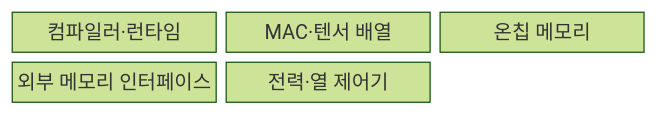
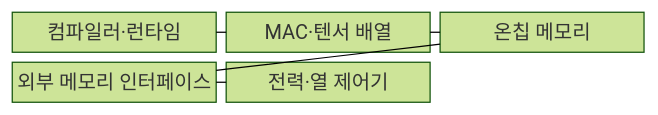
The first of 2 diagrams in src/content/docs/notes/08-latest-tech/140_ai_accelerator.md (agnusdei1207/knowledge-base), drawn with Mermaid (forest theme) before and after one commit. The commit also changed other lines of this file and 228 other files, not shown here.

````diff
--- a/src/content/docs/notes/08-latest-tech/140_ai_accelerator.md
+++ b/src/content/docs/notes/08-latest-tech/140_ai_accelerator.md
@@ -56,9 +56,13 @@
 ```mermaid
 block-beta
     columns 3
     C["컴파일러·런타임"]
     A["MAC·텐서 배열"]
     O["온칩 메모리"]
     E["외부 메모리 인터페이스"]
     P["전력·열 제어기"]
+    C --- A
+    A --- O
+    O --- E
+    E --- P
 ```
````
